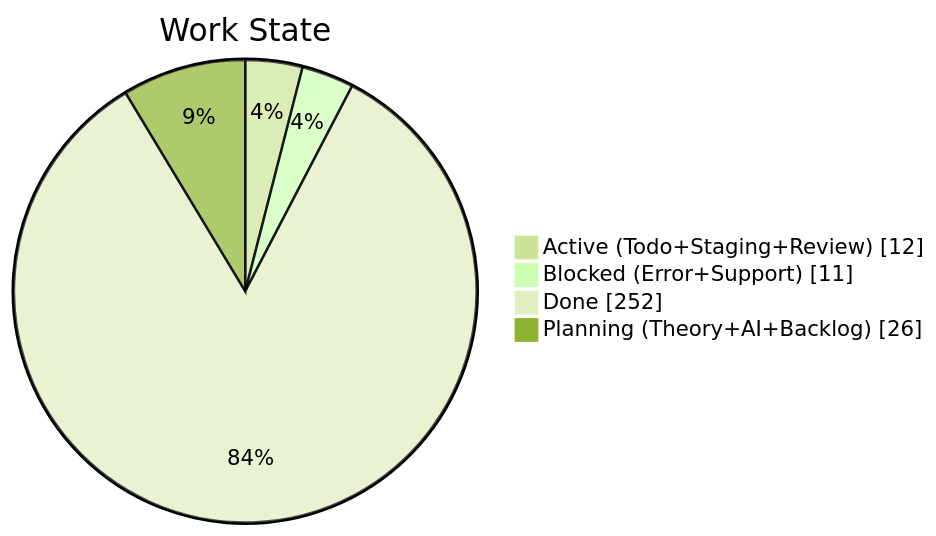
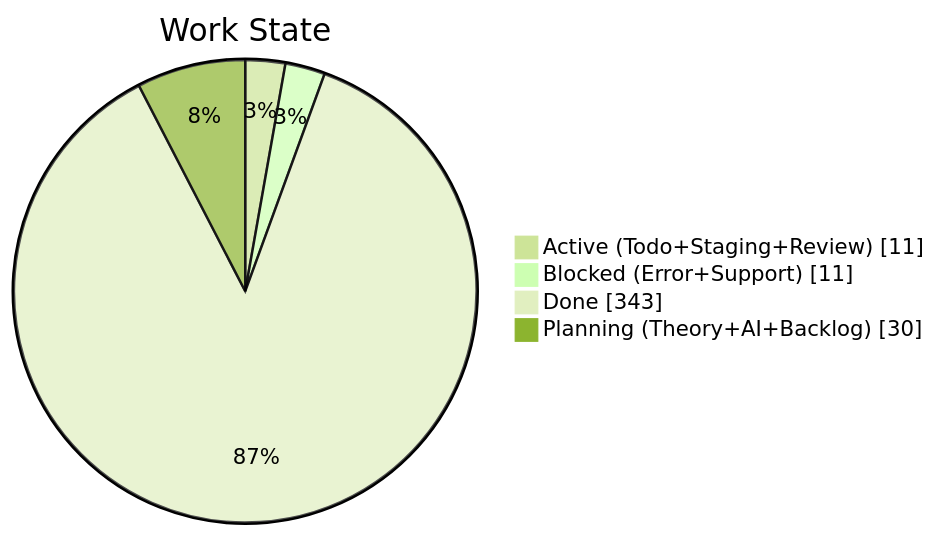
The second of 4 diagrams in apps/kbve/astro-kbve/src/content/docs/dashboard/kanban.mdx (KBVE/kbve), drawn with Mermaid (forest theme) before and after one commit. The commit also changed other lines of this file and 8 other files, not shown here.

````diff
--- a/apps/kbve/astro-kbve/src/content/docs/dashboard/kanban.mdx
+++ b/apps/kbve/astro-kbve/src/content/docs/dashboard/kanban.mdx
@@ -68,8 +68,8 @@
 ```mermaid
 pie showData
     title Work State
-    "Active (Todo+Staging+Review)" : 12
+    "Active (Todo+Staging+Review)" : 11
     "Blocked (Error+Support)" : 11
-    "Done" : 252
-    "Planning (Theory+AI+Backlog)" : 26
+    "Done" : 343
+    "Planning (Theory+AI+Backlog)" : 30
 ```
````
